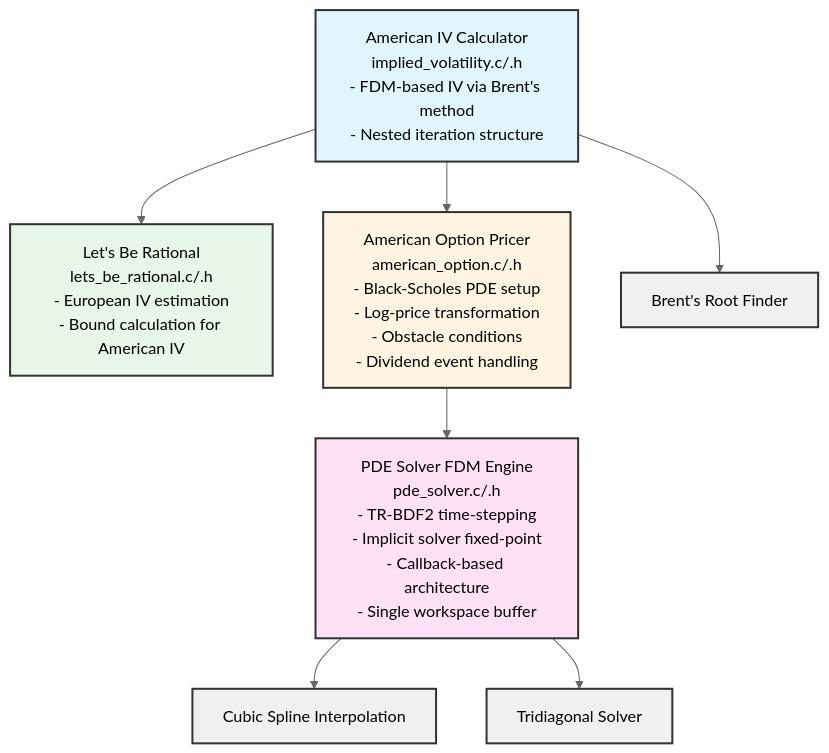
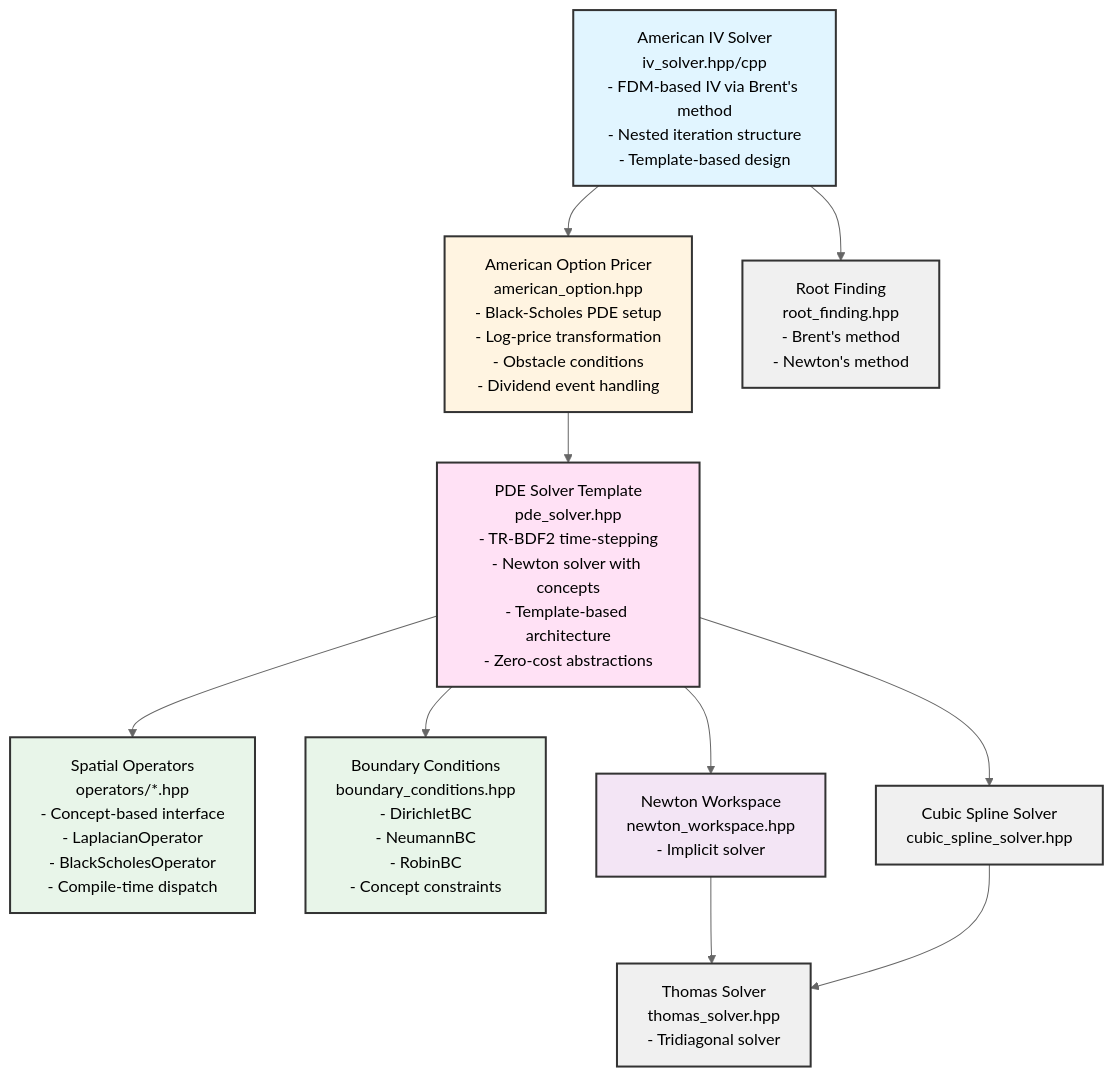
The first of 3 diagrams in docs/ARCHITECTURE.md (accelas/mango-option), drawn with Mermaid (neutral theme) before and after one commit. The commit also changed other lines of this file and 3 other files, not shown here.

````diff
--- a/docs/ARCHITECTURE.md
+++ b/docs/ARCHITECTURE.md
@@ -21,29 +21,40 @@
 ```mermaid
 graph TD
-    IV[American IV Calculator<br/>implied_volatility.c/.h<br/>- FDM-based IV via Brent's method<br/>- Nested iteration structure]
+    IV[American IV Solver<br/>iv_solver.hpp/cpp<br/>- FDM-based IV via Brent's method<br/>- Nested iteration structure<br/>- Template-based design]
 
-    LBR[Let's Be Rational<br/>lets_be_rational.c/.h<br/>- European IV estimation<br/>- Bound calculation for American IV]
+    AO[American Option Pricer<br/>american_option.hpp<br/>- Black-Scholes PDE setup<br/>- Log-price transformation<br/>- Obstacle conditions<br/>- Dividend event handling]
 
-    AO[American Option Pricer<br/>american_option.c/.h<br/>- Black-Scholes PDE setup<br/>- Log-price transformation<br/>- Obstacle conditions<br/>- Dividend event handling]
+    PDE[PDE Solver Template<br/>pde_solver.hpp<br/>- TR-BDF2 time-stepping<br/>- Newton solver with concepts<br/>- Template-based architecture<br/>- Zero-cost abstractions]
 
-    PDE[PDE Solver FDM Engine<br/>pde_solver.c/.h<br/>- TR-BDF2 time-stepping<br/>- Implicit solver fixed-point<br/>- Callback-based architecture<br/>- Single workspace buffer]
+    OPS[Spatial Operators<br/>operators/*.hpp<br/>- Concept-based interface<br/>- LaplacianOperator<br/>- BlackScholesOperator<br/>- Compile-time dispatch]
 
-    BRENT[Brent's Root Finder]
-    SPLINE[Cubic Spline Interpolation]
-    TRI[Tridiagonal Solver]
+    BC[Boundary Conditions<br/>boundary_conditions.hpp<br/>- DirichletBC<br/>- NeumannBC<br/>- RobinBC<br/>- Concept constraints]
 
-    IV --> BRENT
-    IV --> LBR
+    ROOT[Root Finding<br/>root_finding.hpp<br/>- Brent's method<br/>- Newton's method]
+
+    SPLINE[Cubic Spline Solver<br/>cubic_spline_solver.hpp]
+
+    THOMAS[Thomas Solver<br/>thomas_solver.hpp<br/>- Tridiagonal solver]
+
+    NEWTON[Newton Workspace<br/>newton_workspace.hpp<br/>- Implicit solver]
+
+    IV --> ROOT
     IV --> AO
     AO --> PDE
+    PDE --> OPS
+    PDE --> BC
+    PDE --> NEWTON
     PDE --> SPLINE
-    PDE --> TRI
+    NEWTON --> THOMAS
+    SPLINE --> THOMAS
 
     style IV fill:#e1f5ff,stroke:#333,stroke-width:2px,color:#000
-    style LBR fill:#e8f5e9,stroke:#333,stroke-width:2px,color:#000
     style AO fill:#fff4e1,stroke:#333,stroke-width:2px,color:#000
     style PDE fill:#ffe1f5,stroke:#333,stroke-width:2px,color:#000
-    style BRENT fill:#f0f0f0,stroke:#333,stroke-width:2px,color:#000
+    style OPS fill:#e8f5e9,stroke:#333,stroke-width:2px,color:#000
+    style BC fill:#e8f5e9,stroke:#333,stroke-width:2px,color:#000
+    style ROOT fill:#f0f0f0,stroke:#333,stroke-width:2px,color:#000
     style SPLINE fill:#f0f0f0,stroke:#333,stroke-width:2px,color:#000
-    style TRI fill:#f0f0f0,stroke:#333,stroke-width:2px,color:#000
+    style THOMAS fill:#f0f0f0,stroke:#333,stroke-width:2px,color:#000
+    style NEWTON fill:#f3e5f5,stroke:#333,stroke-width:2px,color:#000
 ```
````
